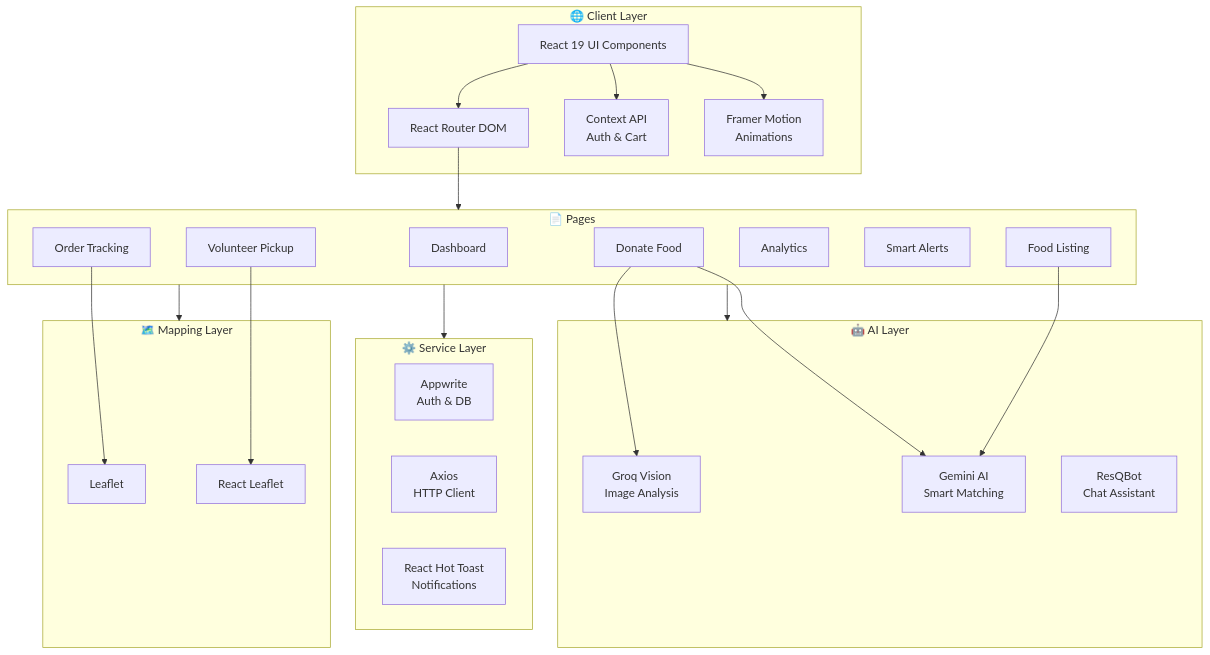
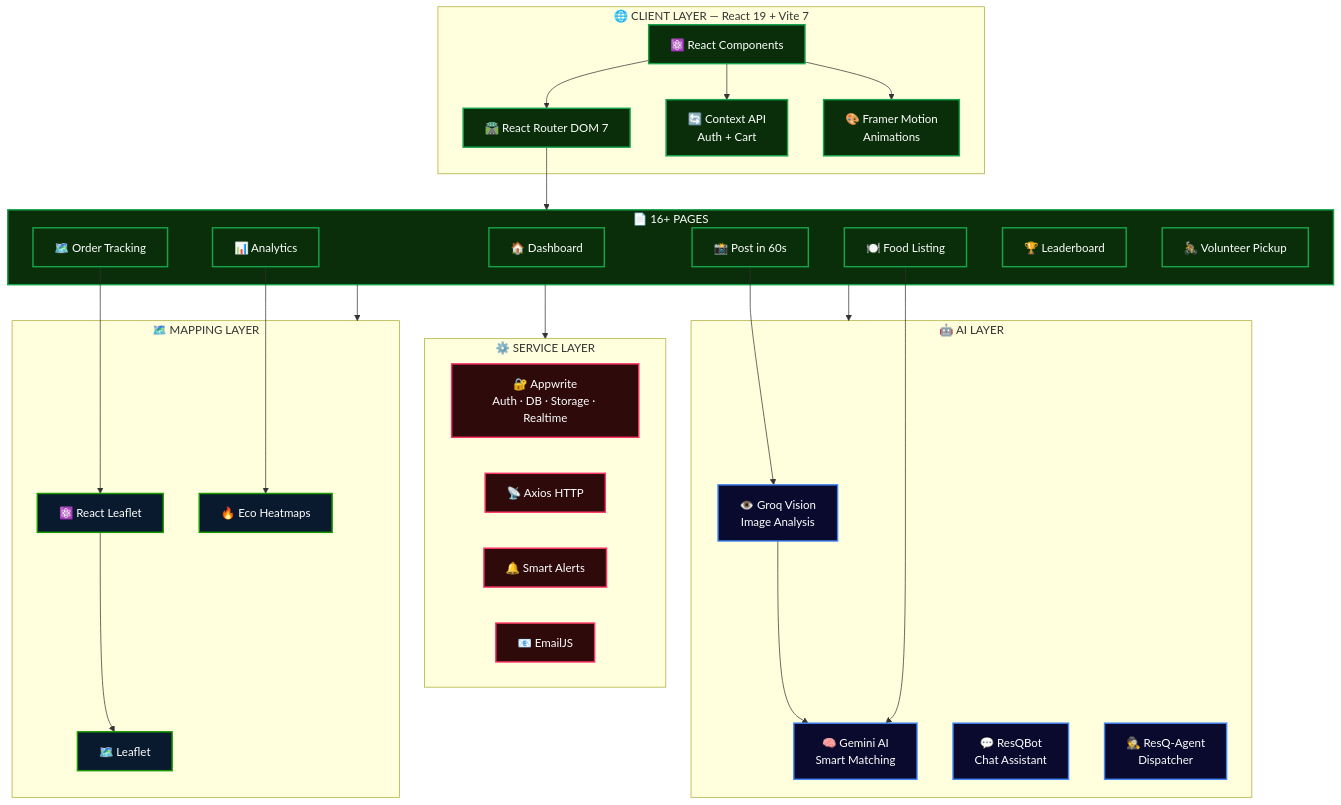
One commit to salonyranjan/ResQpla8 changed the second of 4 diagrams in README.md. Above: the diagram before and after it, drawn with Mermaid. The commit also changed other lines of this file, not shown here.

````diff
--- a/README.md
+++ b/README.md
@@ -136,49 +224,61 @@
 ```mermaid
 flowchart TB
-    subgraph Client["🌐 Client Layer"]
-        UI[React 19 UI Components]
-        Router[React Router DOM]
-        State[Context API<br/>Auth & Cart]
-        Motion[Framer Motion<br/>Animations]
+    subgraph Client["🌐 CLIENT LAYER — React 19 + Vite 7"]
+        UI[⚛️ React Components]
+        Router[🛣️ React Router DOM 7]
+        State[🔄 Context API<br/>Auth + Cart]
+        Motion[🎨 Framer Motion<br/>Animations]
     end
 
-    subgraph AI["🤖 AI Layer"]
-        Groq[Groq Vision<br/>Image Analysis]
-        Gemini[Gemini AI<br/>Smart Matching]
-        ResQBot[ResQBot<br/>Chat Assistant]
+    subgraph AI["🤖 AI LAYER"]
+        Groq[👁️ Groq Vision<br/>Image Analysis]
+        Gemini[🧠 Gemini AI<br/>Smart Matching]
+        ResQBot[💬 ResQBot<br/>Chat Assistant]
+        Agent[🕵️ ResQ-Agent<br/>Dispatcher]
     end
 
-    subgraph Services["⚙️ Service Layer"]
-        AppwriteS[Appwrite<br/>Auth & DB]
-        Axios[Axios<br/>HTTP Client]
-        Toast[React Hot Toast<br/>Notifications]
+    subgraph Services["⚙️ SERVICE LAYER"]
+        Appwrite[🔐 Appwrite<br/>Auth · DB · Storage · Realtime]
+        Axios[📡 Axios HTTP]
+        Toast[🔔 Smart Alerts]
+        Email[📧 EmailJS]
     end
 
-    subgraph Maps["🗺️ Mapping Layer"]
-        Leaflet[Leaflet]
-        ReactLeaflet[React Leaflet]
+    subgraph Maps["🗺️ MAPPING LAYER"]
+        Leaflet[🗺️ Leaflet]
+        ReactLeaflet[⚛️ React Leaflet]
+        Heatmap[🔥 Eco Heatmaps]
     end
 
-    subgraph Pages["📄 Pages"]
-        Dashboard[Dashboard]
-        Donate[Donate Food]
-        Listing[Food Listing]
-        Tracking[Order Tracking]
-        Analytics[Analytics]
-        Alerts[Smart Alerts]
-        Volunteer[Volunteer Pickup]
+    subgraph Pages["📄 16+ PAGES"]
+        P1[🏠 Dashboard]
+        P2[📸 Post in 60s]
+        P3[🍽️ Food Listing]
+        P4[🗺️ Order Tracking]
+        P5[📊 Analytics]
+        P6[🏆 Leaderboard]
+        P7[🚴 Volunteer Pickup]
     end
 
-    UI --> Router
+    UI --> Router --> Pages
     UI --> State
     UI --> Motion
-    Router --> Pages
     Pages --> AI
     Pages --> Services
     Pages --> Maps
-    Donate --> Groq
-    Donate --> Gemini
-    Listing --> Gemini
-    Tracking --> Leaflet
-    Volunteer --> ReactLeaflet
+    P2 --> Groq --> Gemini
+    P3 --> Gemini
+    P4 --> ReactLeaflet --> Leaflet
+    P5 --> Heatmap
+
+    classDef client fill:#0a2e0a,stroke:#16a34a,stroke-width:2px,color:#fff;
+    classDef ai fill:#0a0a2e,stroke:#4285F4,stroke-width:2px,color:#fff;
+    classDef svc fill:#2e0a0a,stroke:#FF3366,stroke-width:2px,color:#fff;
+    classDef map fill:#0a1a2e,stroke:#199900,stroke-width:2px,color:#fff;
+    classDef page fill:#1a1a0a,stroke:#84cc16,stroke-width:2px,color:#fff;
+
+    class UI,Router,State,Motion,Pages,P1,P2,P3,P4,P5,P6,P7 client;
+    class Groq,Gemini,ResQBot,Agent ai;
+    class Appwrite,Axios,Toast,Email svc;
+    class Leaflet,ReactLeaflet,Heatmap map;
 ```
````
